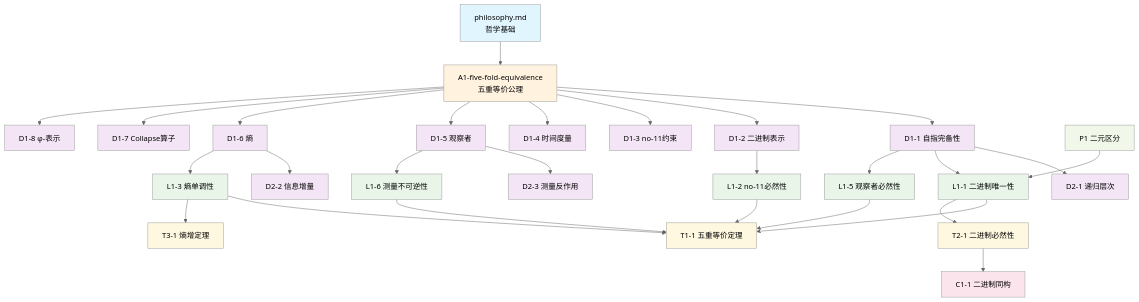
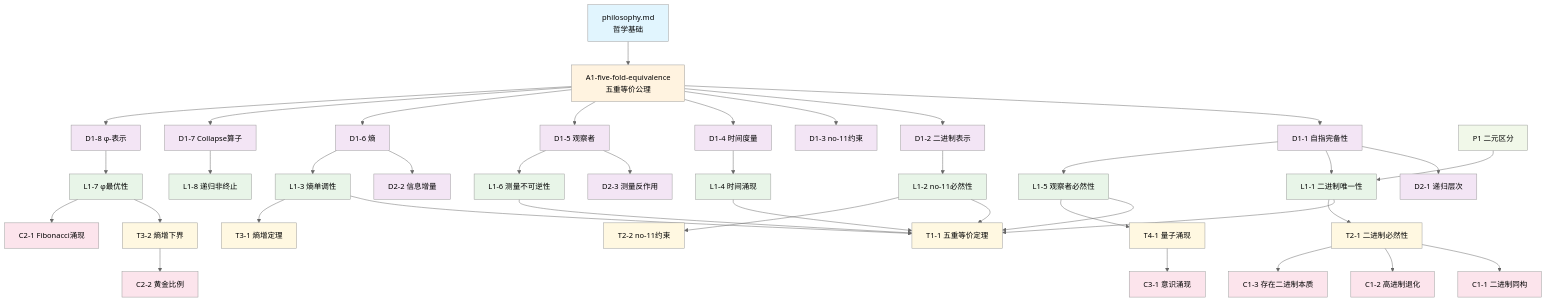
The first of 8 diagrams in docs/proof/README.md (loning/the-binarymath), drawn with Mermaid (neutral theme) before and after one commit. The commit also changed other lines of this file and 23 other files, not shown here.

````diff
--- a/docs/proof/README.md
+++ b/docs/proof/README.md
@@ -119,52 +108,64 @@
 ```mermaid
 graph TD
     Phil["philosophy.md<br/>哲学基础"] --> A1["A1-five-fold-equivalence<br/>五重等价公理"]
     
     A1 --> D11["D1-1 自指完备性"]
     A1 --> D12["D1-2 二进制表示"]
     A1 --> D13["D1-3 no-11约束"]
     A1 --> D14["D1-4 时间度量"]
     A1 --> D15["D1-5 观察者"]
     A1 --> D16["D1-6 熵"]
     A1 --> D17["D1-7 Collapse算子"]
     A1 --> D18["D1-8 φ-表示"]
     
     D11 --> D21["D2-1 递归层次"]
     D16 --> D22["D2-2 信息增量"]
     D15 --> D23["D2-3 测量反作用"]
     
     D11 --> L11["L1-1 二进制唯一性"]
     D12 --> L12["L1-2 no-11必然性"]
     D16 --> L13["L1-3 熵单调性"]
+    D14 --> L14["L1-4 时间涌现"]
     D11 --> L15["L1-5 观察者必然性"]
     D15 --> L16["L1-6 测量不可逆性"]
+    D18 --> L17["L1-7 φ最优性"]
+    D17 --> L18["L1-8 递归非终止"]
     
     L11 --> T11["T1-1 五重等价定理"]
     L12 --> T11
     L13 --> T11
+    L14 --> T11
     L15 --> T11
     L16 --> T11
     
     L11 --> T21["T2-1 二进制必然性"]
+    L12 --> T22["T2-2 no-11约束"]
     L13 --> T31["T3-1 熵增定理"]
+    L17 --> T32["T3-2 熵增下界"]
+    L15 --> T41["T4-1 量子涌现"]
     
     T21 --> C11["C1-1 二进制同构"]
+    T21 --> C12["C1-2 高进制退化"]
+    T21 --> C13["C1-3 存在二进制本质"]
+    L17 --> C21["C2-1 Fibonacci涌现"]
+    T32 --> C22["C2-2 黄金比例"]
+    T41 --> C31["C3-1 意识涌现"]
     
     P1["P1 二元区分"] --> L11
     
     classDef philosophy fill:#e1f5fe
     classDef axiom fill:#fff3e0
     classDef definition fill:#f3e5f5
     classDef lemma fill:#e8f5e8
     classDef theorem fill:#fff8e1
     classDef corollary fill:#fce4ec
     classDef proposition fill:#f1f8e9
     
     class Phil philosophy
     class A1 axiom
     class D11,D12,D13,D14,D15,D16,D17,D18,D21,D22,D23 definition
-    class L11,L12,L13,L15,L16 lemma
-    class T11,T21,T31 theorem
-    class C11 corollary
+    class L11,L12,L13,L14,L15,L16,L17,L18 lemma
+    class T11,T21,T22,T31,T32,T41 theorem
+    class C11,C12,C13,C21,C22,C31 corollary
     class P1 proposition
 ```
````
